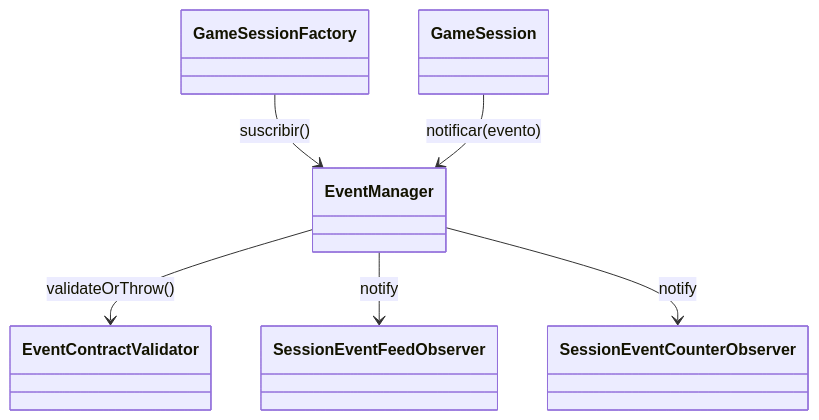
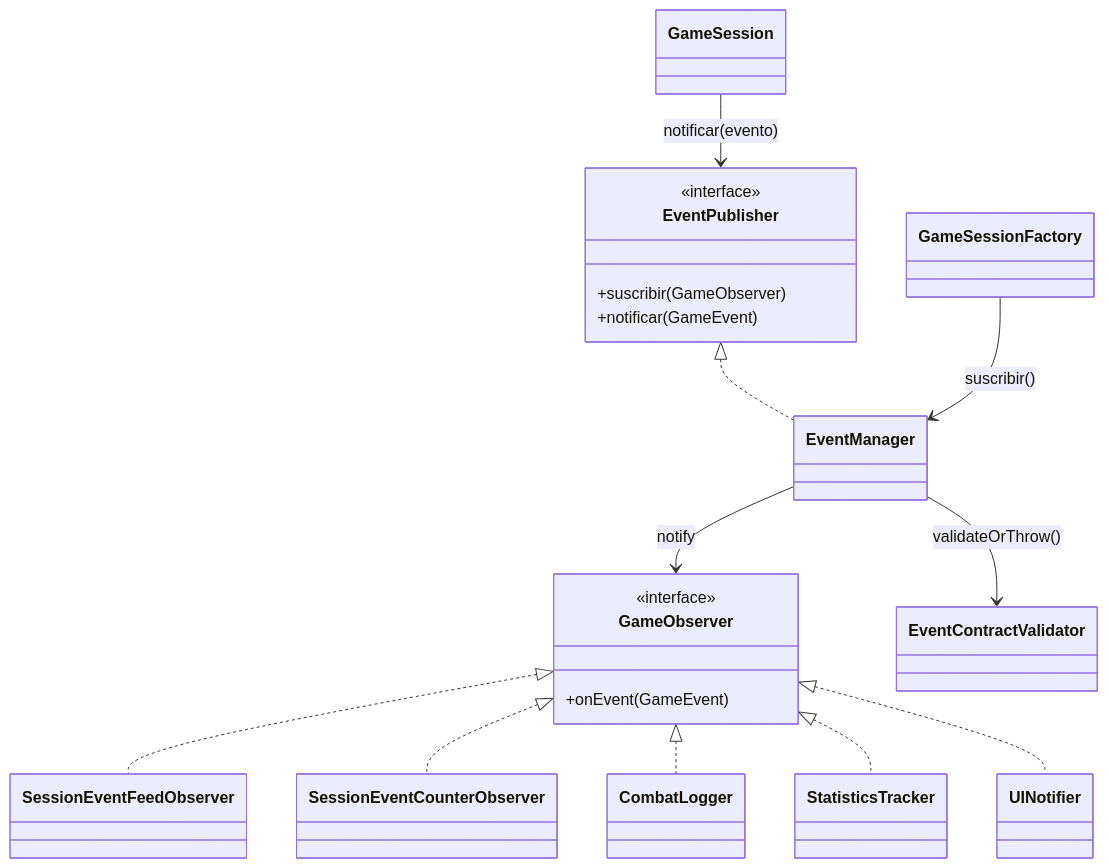
Before and after one commit to Craos6518/dungeon-crawler-patterns: the diagram in docs/03-patterns/observer.md, drawn with Mermaid. The commit also changed other lines of this file and 12 other files, not shown here.

````diff
--- a/docs/03-patterns/observer.md
+++ b/docs/03-patterns/observer.md
@@ -27,8 +35,22 @@
 ```mermaid
 classDiagram
+    class GameObserver {
+        <<interface>>
+        +onEvent(GameEvent)
+    }
+    class EventPublisher {
+        <<interface>>
+        +suscribir(GameObserver)
+        +notificar(GameEvent)
+    }
+    EventPublisher <|.. EventManager
+    GameObserver <|.. SessionEventFeedObserver
+    GameObserver <|.. SessionEventCounterObserver
+    GameObserver <|.. CombatLogger
+    GameObserver <|.. StatisticsTracker
+    GameObserver <|.. UINotifier
+    EventManager --> EventContractValidator : validateOrThrow()
+    EventManager --> GameObserver : notify
     GameSessionFactory --> EventManager : suscribir()
-    EventManager --> EventContractValidator : validateOrThrow()
-    EventManager --> SessionEventFeedObserver : notify
-    EventManager --> SessionEventCounterObserver : notify
-    GameSession --> EventManager : notificar(evento)
+    GameSession --> EventPublisher : notificar(evento)
 ```
````
